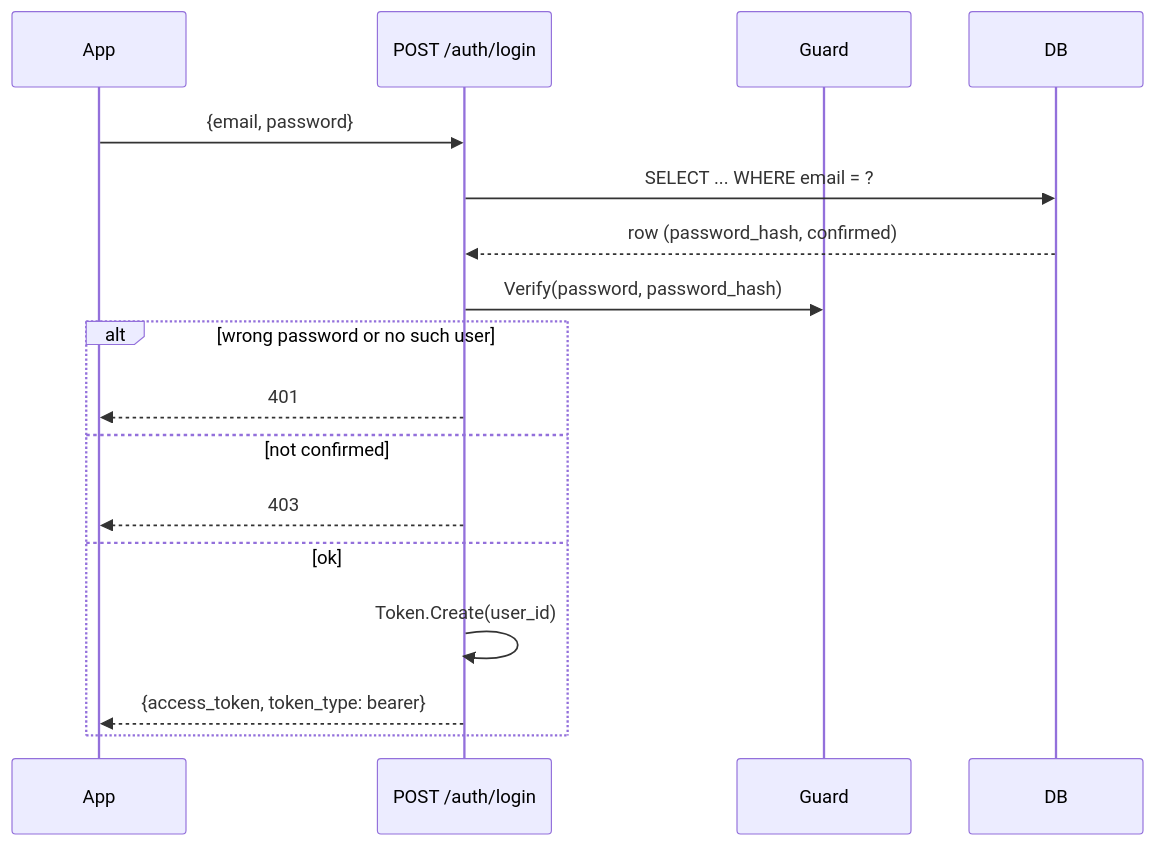
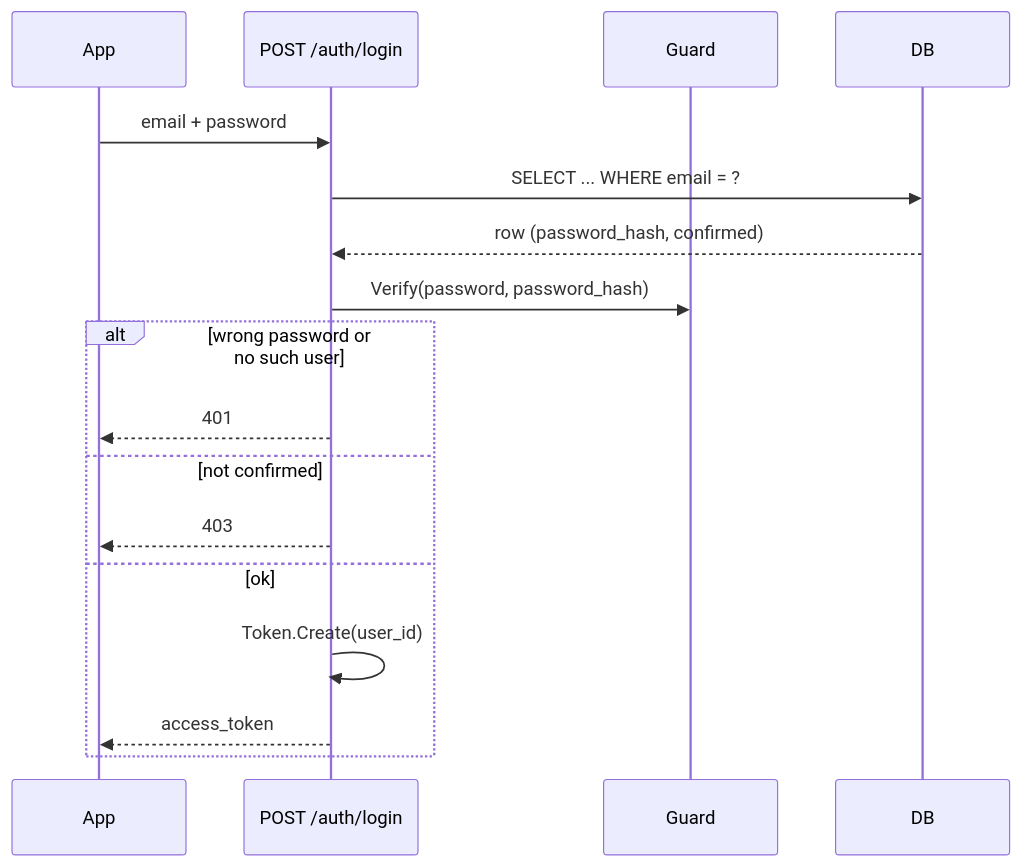
The diagram in docs/en/backend/auth.md (skellent/iOS-compiler), drawn with Mermaid before and after one commit. The commit also changed 9 other files, not shown here.

Commit message:
Mermaid Fix

````diff
--- a/docs/en/backend/auth.md
+++ b/docs/en/backend/auth.md
@@ -46,20 +46,20 @@
 ```mermaid
 sequenceDiagram
     participant App
     participant Auth as POST /auth/login
     participant Guard
     participant DB
 
-    App->>Auth: {email, password}
+    App->>Auth: email + password
     Auth->>DB: SELECT ... WHERE email = ?
     DB-->>Auth: row (password_hash, confirmed)
     Auth->>Guard: Verify(password, password_hash)
     alt wrong password or no such user
         Auth-->>App: 401
     else not confirmed
         Auth-->>App: 403
     else ok
         Auth->>Auth: Token.Create(user_id)
-        Auth-->>App: {access_token, token_type: bearer}
+        Auth-->>App: access_token
     end
 ```
````
